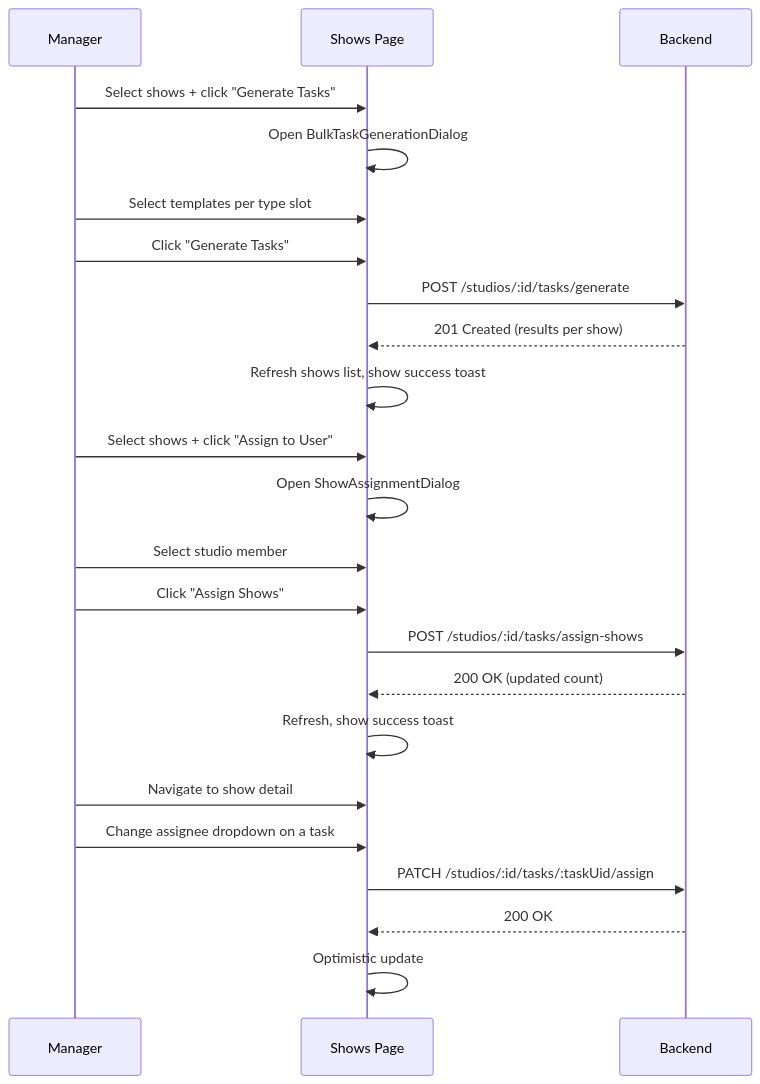
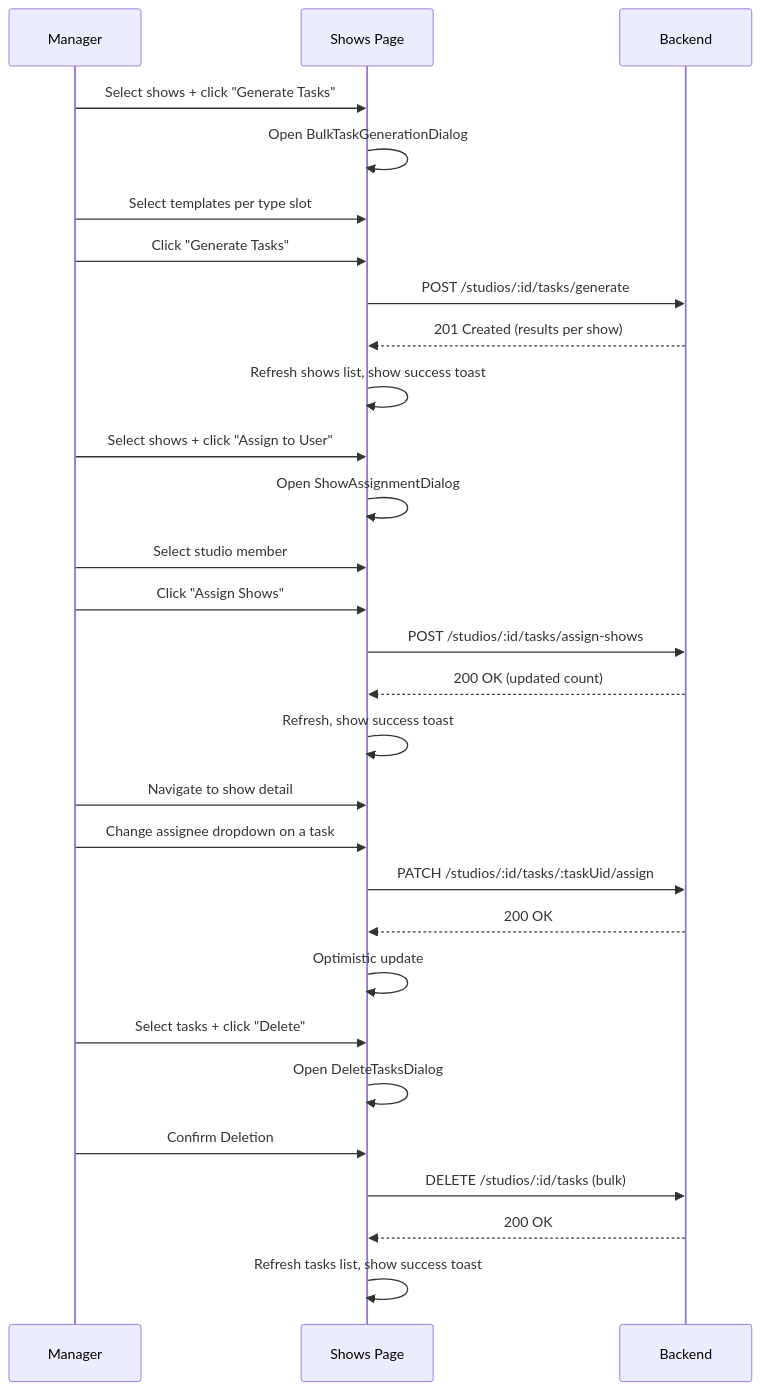
One commit to allenlin90/eridu-services changed the diagram in apps/erify_studios/docs/TASK_MANAGEMENT_UIUX_DESIGN.md. Above: the diagram before and after it, drawn with Mermaid. The commit also changed other lines of this file and 23 other files, not shown here.

````diff
--- a/apps/erify_studios/docs/TASK_MANAGEMENT_UIUX_DESIGN.md
+++ b/apps/erify_studios/docs/TASK_MANAGEMENT_UIUX_DESIGN.md
@@ -1511,28 +1513,35 @@
 ```mermaid
 sequenceDiagram
     participant M as Manager
     participant UI as Shows Page
     participant API as Backend
 
     M->>UI: Select shows + click "Generate Tasks"
     UI->>UI: Open BulkTaskGenerationDialog
     M->>UI: Select templates per type slot
     M->>UI: Click "Generate Tasks"
     UI->>API: POST /studios/:id/tasks/generate
     API-->>UI: 201 Created (results per show)
     UI->>UI: Refresh shows list, show success toast
 
     M->>UI: Select shows + click "Assign to User"
     UI->>UI: Open ShowAssignmentDialog
     M->>UI: Select studio member
     M->>UI: Click "Assign Shows"
     UI->>API: POST /studios/:id/tasks/assign-shows
     API-->>UI: 200 OK (updated count)
     UI->>UI: Refresh, show success toast
 
     M->>UI: Navigate to show detail
     M->>UI: Change assignee dropdown on a task
     UI->>API: PATCH /studios/:id/tasks/:taskUid/assign
     API-->>UI: 200 OK
     UI->>UI: Optimistic update
+
+    M->>UI: Select tasks + click "Delete"
+    UI->>UI: Open DeleteTasksDialog
+    M->>UI: Confirm Deletion
+    UI->>API: DELETE /studios/:id/tasks (bulk)
+    API-->>UI: 200 OK
+    UI->>UI: Refresh tasks list, show success toast
 ```
````
